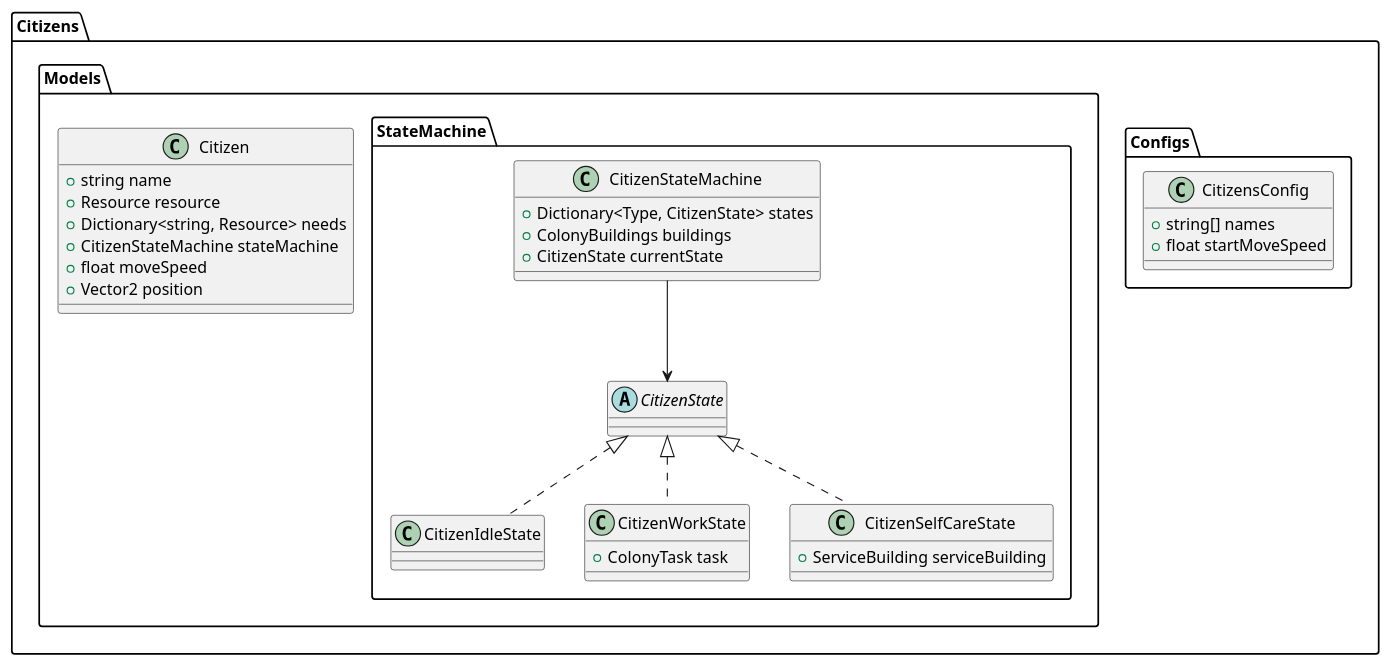
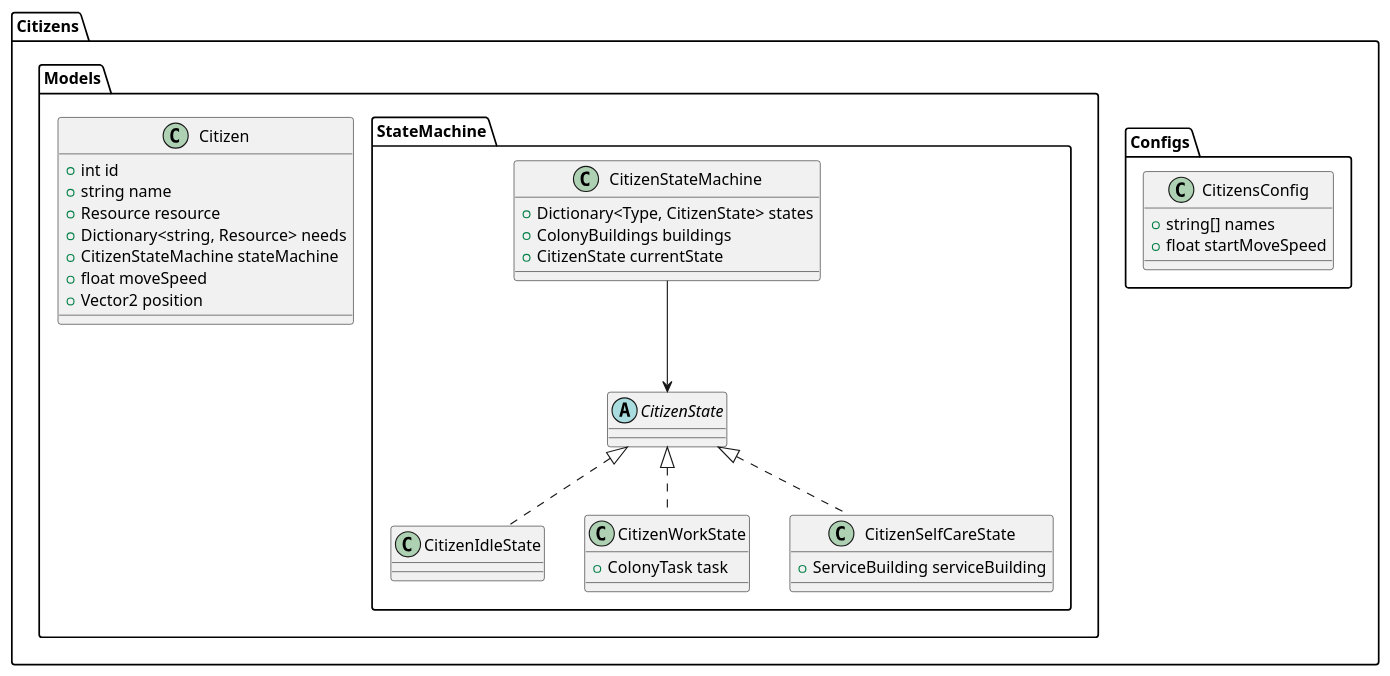
The diagram in Colony/Citizens/Citizens.puml (minusrep/Pivo-UML), drawn with PlantUML before and after one commit.

Commit message:
add: id to citizen

```diff
--- a/Colony/Citizens/Citizens.puml
+++ b/Colony/Citizens/Citizens.puml
@@ -1,61 +1,62 @@
 @startuml
 
 package "Citizens"
 {
     package "Configs"
     {
         class CitizensConfig
         {
             +string[] names
             +float startMoveSpeed
         }
     }
 
     package "Models"
     {
         class Citizen 
         {
+            +int id
             +string name
             +Resource resource
             +Dictionary<string, Resource> needs
             +CitizenStateMachine stateMachine
             +float moveSpeed
             +Vector2 position
         }
     
      package "StateMachine" {
         class CitizenStateMachine {
             +Dictionary<Type, CitizenState> states
             +ColonyBuildings buildings
             +CitizenState currentState
         }   
         
         abstract class CitizenState 
         {
             
         }
         
         class CitizenIdleState 
         {        
             
         }
         
         class CitizenWorkState 
         {
             +ColonyTask task
         }
         
         class CitizenSelfCareState 
         {
             +ServiceBuilding serviceBuilding
         }
         
         CitizenState <|.. CitizenIdleState  
         CitizenState <|.. CitizenWorkState  
         CitizenState <|.. CitizenSelfCareState  
         CitizenStateMachine --> CitizenState
         }
     }
 }
 
 @enduml
```
